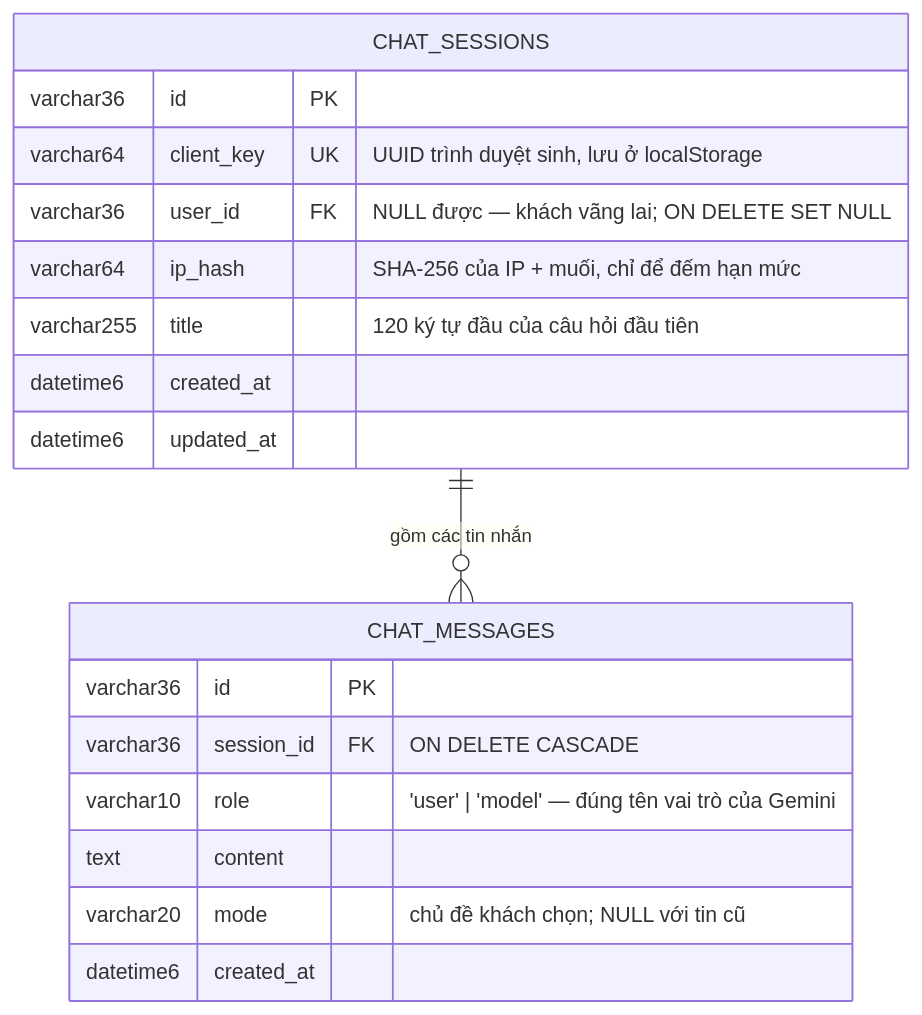
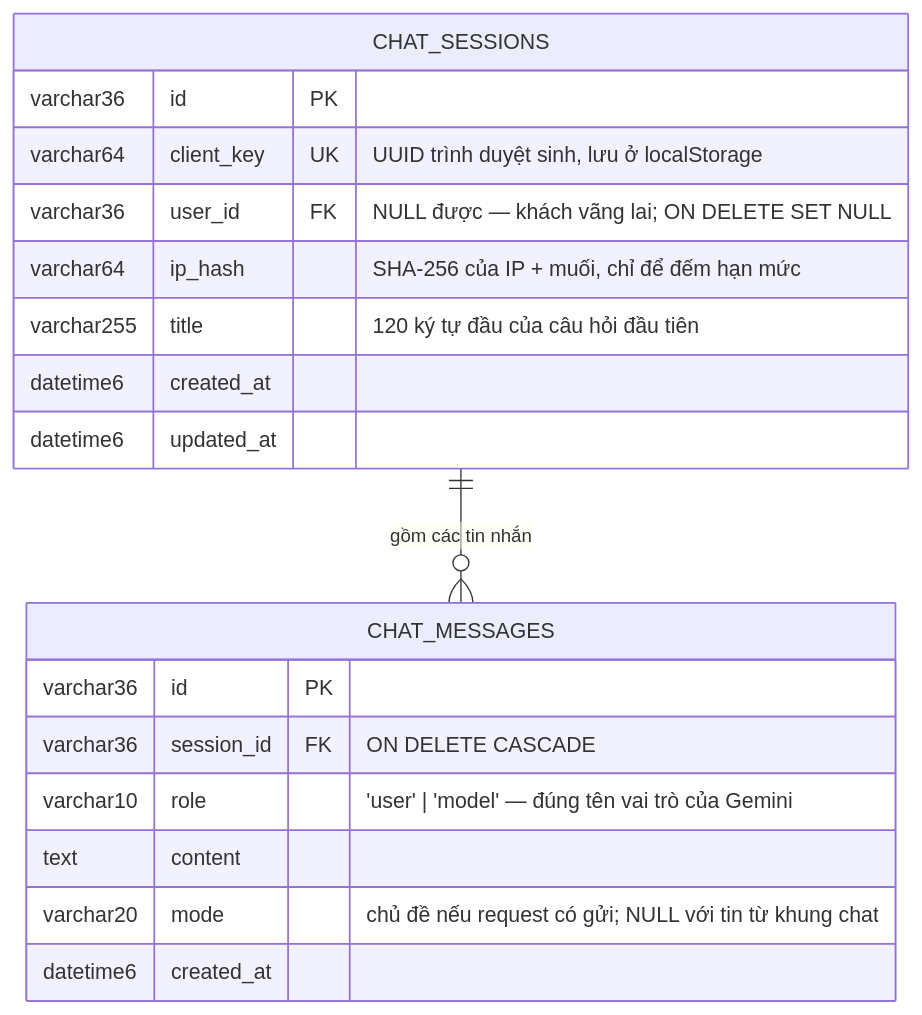
Before and after one commit to ngvuowng/doan: diagram 51 of 51 in docs/SRS.md, drawn with Mermaid. The commit also changed other lines of this file and 14 other files, not shown here.

Commit message:
Trợ lý ảo bỏ bước chọn chủ đề: hỏi thẳng kèm 4 câu gợi ý; banner tự chuyển slide, khung ảnh sản phẩm nền kem

````diff
--- a/docs/SRS.md
+++ b/docs/SRS.md
@@ -2842,23 +2842,23 @@
 ```mermaid
 erDiagram
     CHAT_SESSIONS ||--o{ CHAT_MESSAGES : "gồm các tin nhắn"
 
     CHAT_SESSIONS {
         varchar36 id PK
         varchar64 client_key UK "UUID trình duyệt sinh, lưu ở localStorage"
         varchar36 user_id FK "NULL được — khách vãng lai; ON DELETE SET NULL"
         varchar64 ip_hash "SHA-256 của IP + muối, chỉ để đếm hạn mức"
         varchar255 title "120 ký tự đầu của câu hỏi đầu tiên"
         datetime6 created_at
         datetime6 updated_at
     }
 
     CHAT_MESSAGES {
         varchar36 id PK
         varchar36 session_id FK "ON DELETE CASCADE"
         varchar10 role "'user' | 'model' — đúng tên vai trò của Gemini"
         text content
-        varchar20 mode "chủ đề khách chọn; NULL với tin cũ"
+        varchar20 mode "chủ đề nếu request có gửi; NULL với tin từ khung chat"
         datetime6 created_at
     }
 ```
````
